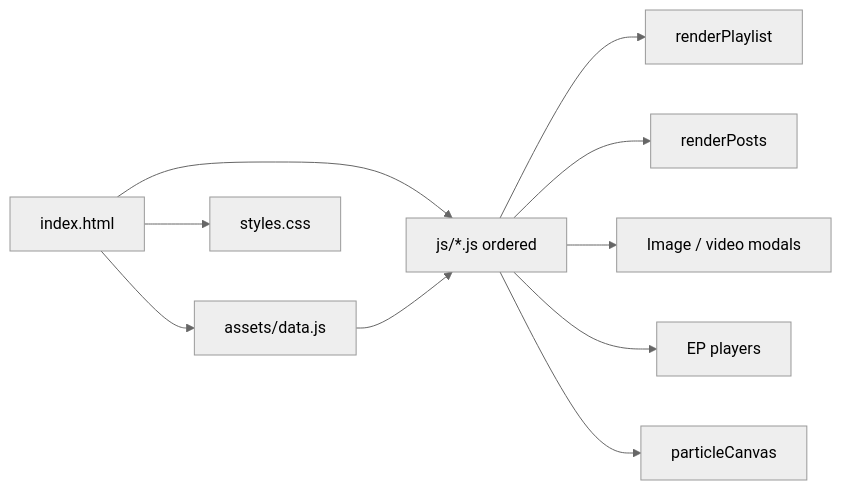
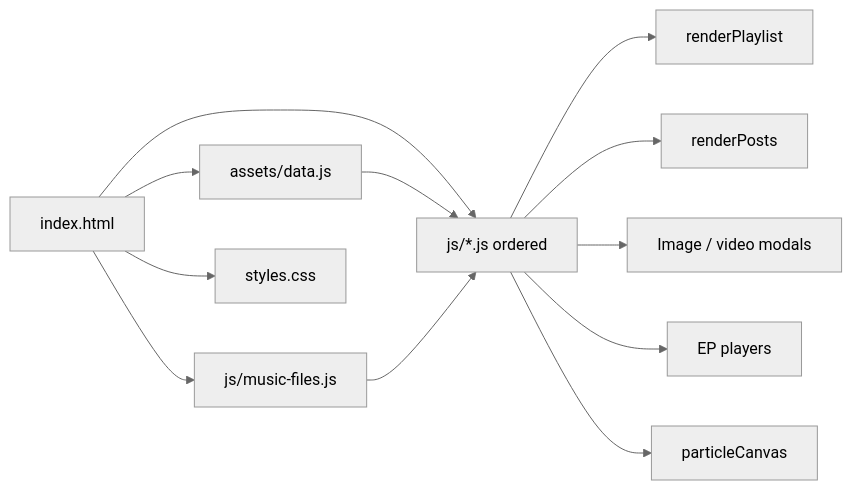
One commit to Otterdays/Nates-Space changed the diagram in DOCS/ARCHITECTURE.md. Above: the diagram before and after it, drawn with Mermaid (neutral theme). The commit also changed other lines of this file and 8 other files, not shown here.

First line of the commit message:
docs(music): add MUSIC_GUIDE and cross-link architecture

````diff
--- a/DOCS/ARCHITECTURE.md
+++ b/DOCS/ARCHITECTURE.md
@@ -97,12 +98,14 @@
 ```mermaid
 flowchart LR
   HTML[index.html] --> Data[assets/data.js]
+  HTML --> MusicList[js/music-files.js]
   HTML --> CSS[styles.css]
   HTML --> JS[js/*.js ordered]
   Data --> JS
+  MusicList --> JS
   JS --> Playlist[renderPlaylist]
   JS --> Feed[renderPosts]
   JS --> Lightbox[Image / video modals]
   JS --> Audio[EP players]
   JS --> Canvas[particleCanvas]
 ```
````
